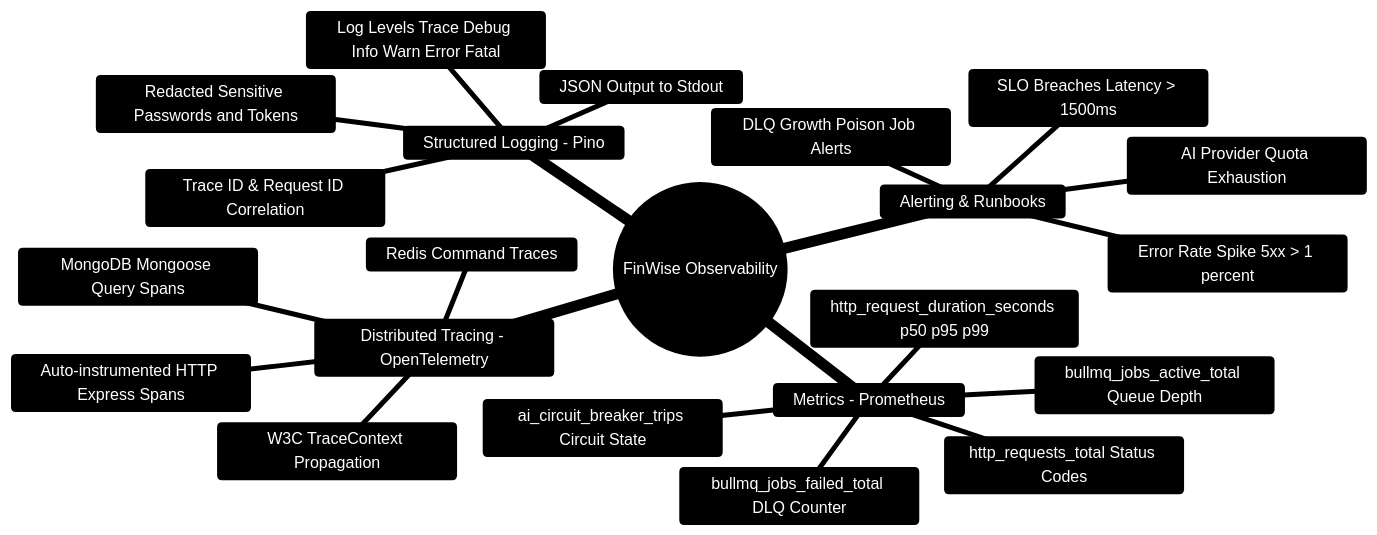
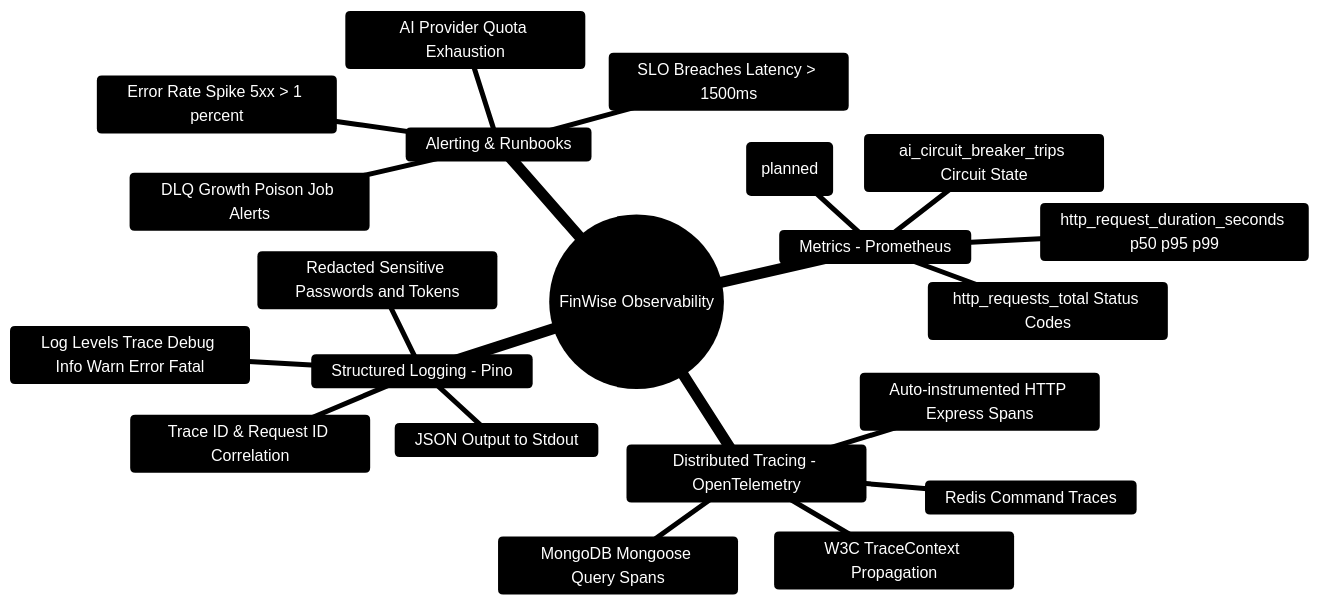
Before and after one commit to Ganesh172919/personal-finance: the first of 3 diagrams in docs/OBSERVABILITY.md, drawn with Mermaid. The commit also changed other lines of this file and 1026 other files, not shown here.

````diff
--- a/docs/OBSERVABILITY.md
+++ b/docs/OBSERVABILITY.md
@@ -15,26 +15,25 @@
 ```mermaid
 %%{init: {'theme': 'base', 'themeVariables': { 'primaryColor': '#1e293b', 'primaryTextColor': '#ffffff', 'primaryBorderColor': '#3b82f6', 'lineColor': '#60a5fa', 'secondaryColor': '#0f172a', 'tertiaryColor': '#1e1e2e'}}}%%
 mindmap
   root((FinWise Observability))
     Metrics - Prometheus
       http_request_duration_seconds p50 p95 p99
       http_requests_total Status Codes
-      bullmq_jobs_active_total Queue Depth
-      bullmq_jobs_failed_total DLQ Counter
+      worker_job_failures_total Worker Failures (planned)
       ai_circuit_breaker_trips Circuit State
     Distributed Tracing - OpenTelemetry
       Auto-instrumented HTTP Express Spans
       MongoDB Mongoose Query Spans
       Redis Command Traces
       W3C TraceContext Propagation
     Structured Logging - Pino
       JSON Output to Stdout
       Trace ID & Request ID Correlation
       Redacted Sensitive Passwords and Tokens
       Log Levels Trace Debug Info Warn Error Fatal
     Alerting & Runbooks
       SLO Breaches Latency > 1500ms
       Error Rate Spike 5xx > 1 percent
       DLQ Growth Poison Job Alerts
       AI Provider Quota Exhaustion
 ```
````
